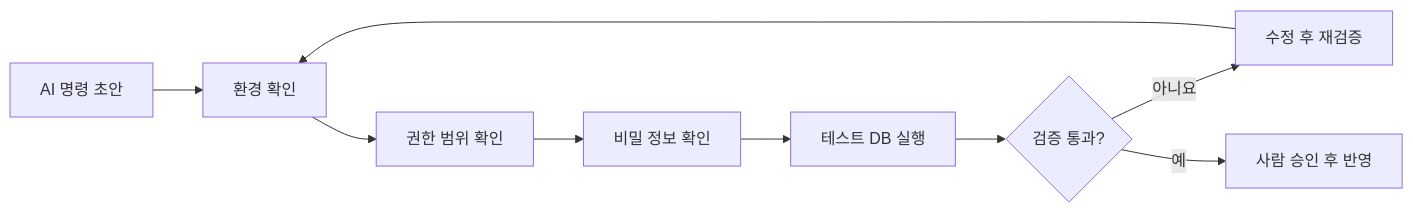
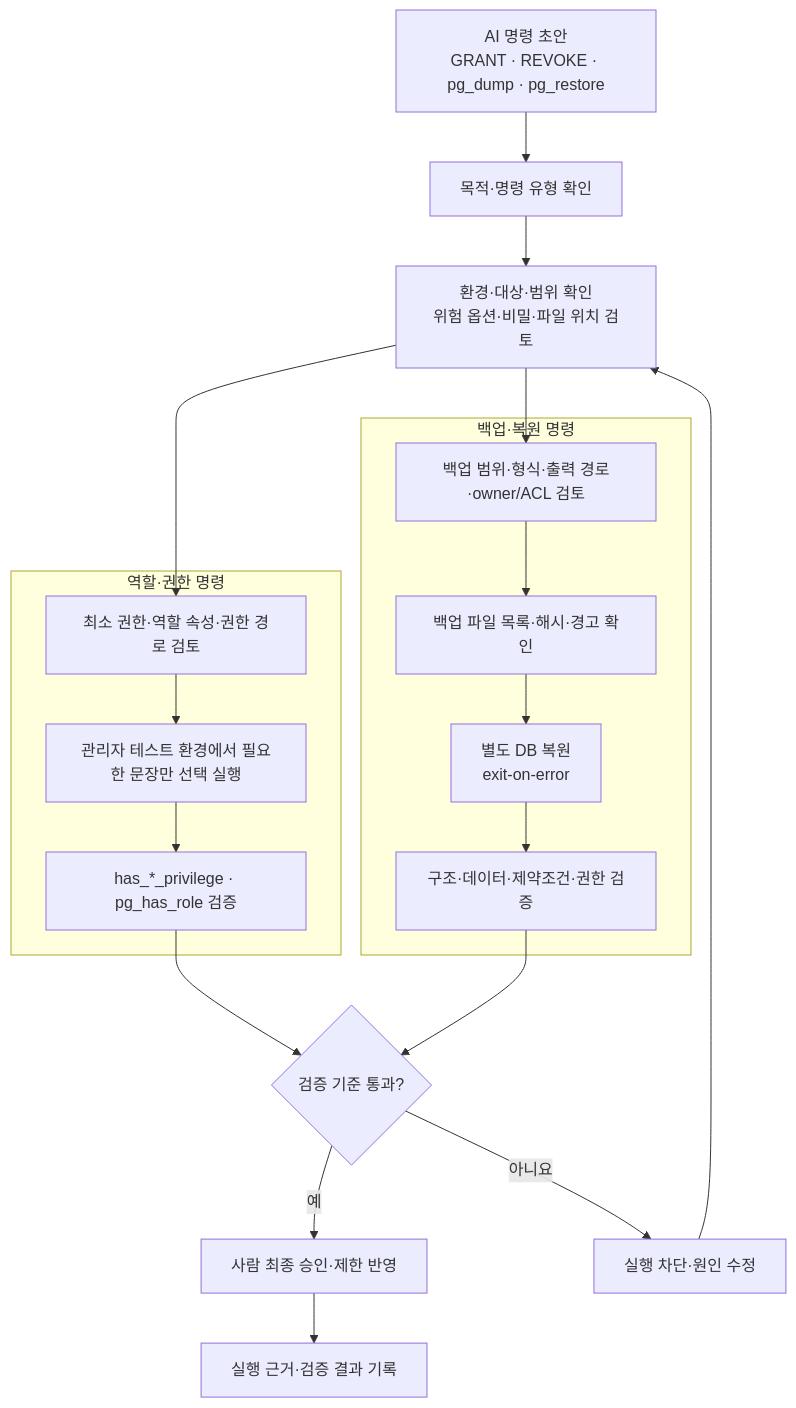
Before and after one commit to GilbertMoon/ai-database-book: the diagram in images/chapter11/ch11_08_ai_security_review_flow.mmd, drawn with Mermaid. The commit also changed 19 other files, not shown here.

```diff
--- a/images/chapter11/ch11_08_ai_security_review_flow.mmd
+++ b/images/chapter11/ch11_08_ai_security_review_flow.mmd
@@ -1,9 +1,28 @@
-flowchart LR
-    A[AI 명령 초안] --> B[환경 확인]
-    B --> C[권한 범위 확인]
-    C --> D[비밀 정보 확인]
-    D --> E[테스트 DB 실행]
-    E --> F{검증 통과?}
-    F -- 아니요 --> G[수정 후 재검증]
-    G --> B
-    F -- 예 --> H[사람 승인 후 반영]
+flowchart TD
+    A[AI 명령 초안<br/>GRANT · REVOKE · pg_dump · pg_restore]
+    B[목적·명령 유형 확인]
+    C[환경·대상·범위 확인<br/>위험 옵션·비밀·파일 위치 검토]
+
+    subgraph PERMISSION["역할·권한 명령"]
+        E1[최소 권한·역할 속성·권한 경로 검토]
+        E2[관리자 테스트 환경에서 필요한 문장만 선택 실행]
+        E3[has_*_privilege · pg_has_role 검증]
+    end
+
+    subgraph BACKUP["백업·복원 명령"]
+        F1[백업 범위·형식·출력 경로·owner/ACL 검토]
+        F2[백업 파일 목록·해시·경고 확인]
+        F3[별도 DB 복원<br/>exit-on-error]
+        F4[구조·데이터·제약조건·권한 검증]
+    end
+
+    G{검증 기준 통과?}
+    H[사람 최종 승인·제한 반영]
+    I[실행 근거·검증 결과 기록]
+    J[실행 차단·원인 수정]
+
+    A --> B --> C
+    C --> E1 --> E2 --> E3 --> G
+    C --> F1 --> F2 --> F3 --> F4 --> G
+    G -- 예 --> H --> I
+    G -- 아니요 --> J --> C
```
